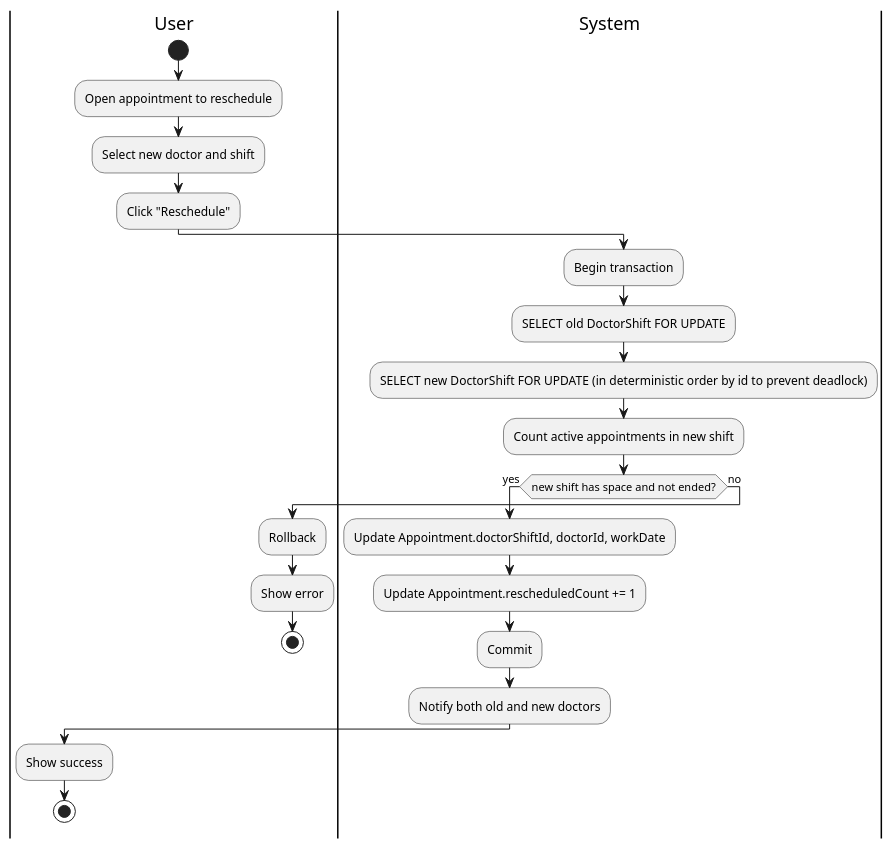
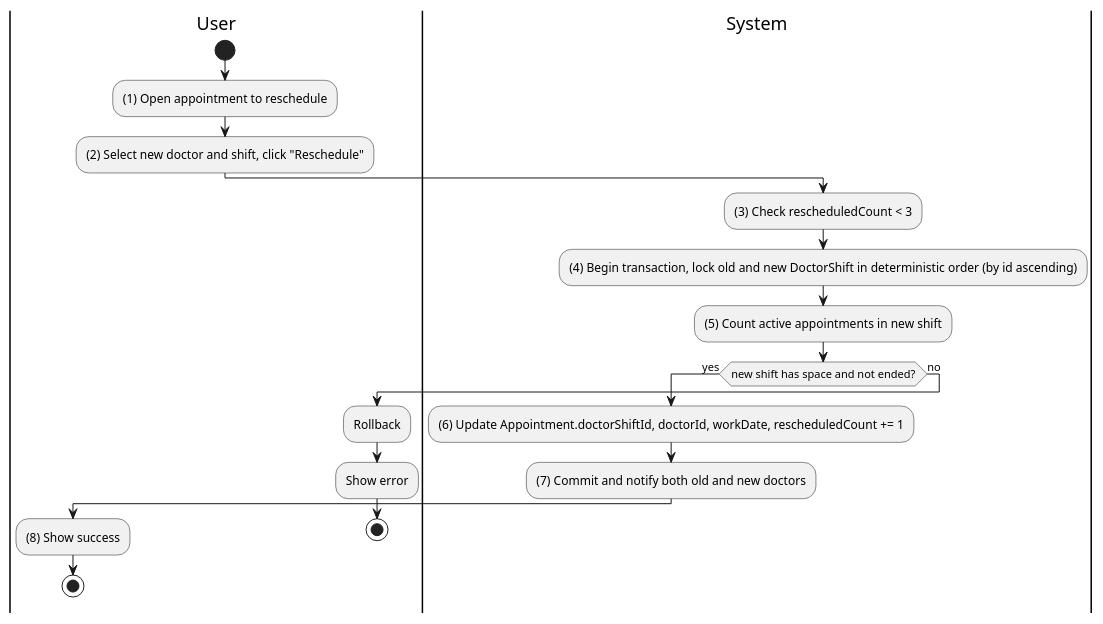
One commit to MinhThienNguyen040905/SE356---He-thong-phong-kham changed diagram 12 of 27 in Docs/SRS.md. Above: the diagram before and after it, drawn with PlantUML. The commit also changed other lines of this file, not shown here.

````diff
--- a/Docs/SRS.md
+++ b/Docs/SRS.md
@@ -801,28 +727,24 @@
 ```plantuml
 @startuml
 |User|
 start
-:Open appointment to reschedule;
-:Select new doctor and shift;
-:Click "Reschedule";
+:(1) Open appointment to reschedule;
+:(2) Select new doctor and shift, click "Reschedule";
 |System|
-:Begin transaction;
-:SELECT old DoctorShift FOR UPDATE;
-:SELECT new DoctorShift FOR UPDATE (in deterministic order by id to prevent deadlock);
-:Count active appointments in new shift;
+:(3) Check rescheduledCount < 3;
+:(4) Begin transaction, lock old and new DoctorShift in deterministic order (by id ascending);
+:(5) Count active appointments in new shift;
 if (new shift has space and not ended?) then (yes)
-  :Update Appointment.doctorShiftId, doctorId, workDate;
-  :Update Appointment.rescheduledCount += 1;
-  :Commit;
-  :Notify both old and new doctors;
+  :(6) Update Appointment.doctorShiftId, doctorId, workDate, rescheduledCount += 1;
+  :(7) Commit and notify both old and new doctors;
   |User|
-  :Show success;
+  :(8) Show success;
   stop
 else (no)
   :Rollback;
   |User|
   :Show error;
   stop
 endif
 @enduml
 ```
````
